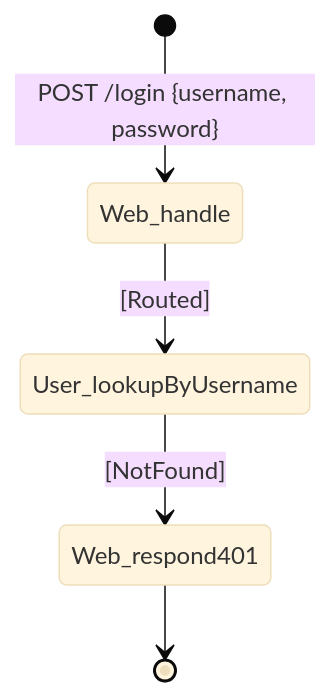
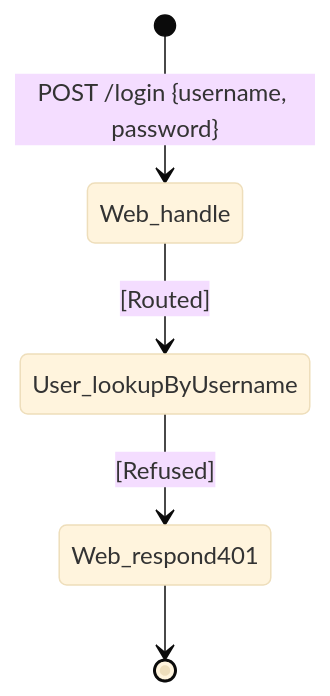
Before and after one commit to abratto/clad: the diagram in features/UC-00-login/stages/02b_chain-table/output/unknown-user-chain.md, drawn with Mermaid (base theme). The commit also changed other lines of this file and 24 other files, not shown here.

````diff
--- a/features/UC-00-login/stages/02b_chain-table/output/unknown-user-chain.md
+++ b/features/UC-00-login/stages/02b_chain-table/output/unknown-user-chain.md
@@ -18,7 +18,7 @@
 ```mermaid
 stateDiagram-v2
     [*] --> Web_handle : POST /login {username, password}
     Web_handle --> User_lookupByUsername : [Routed]
-    User_lookupByUsername --> Web_respond401 : [NotFound]
+    User_lookupByUsername --> Web_respond401 : [Refused]
     Web_respond401 --> [*]
 ```
````
